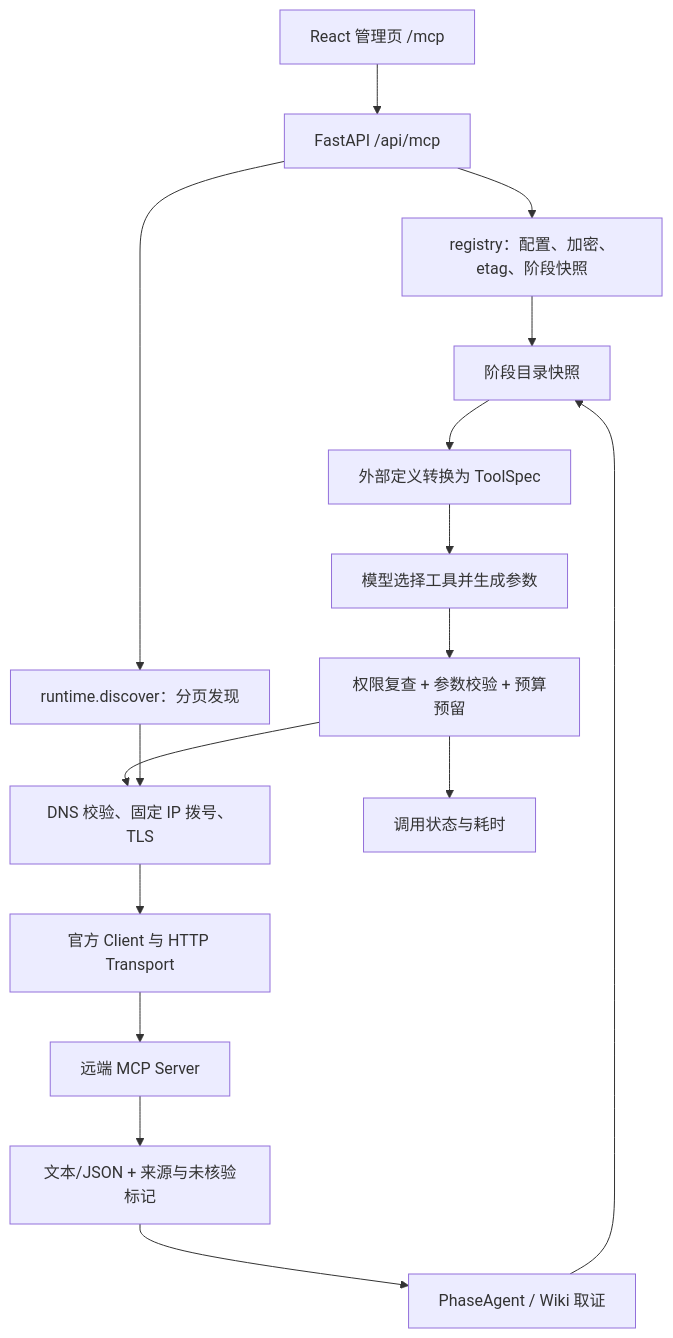
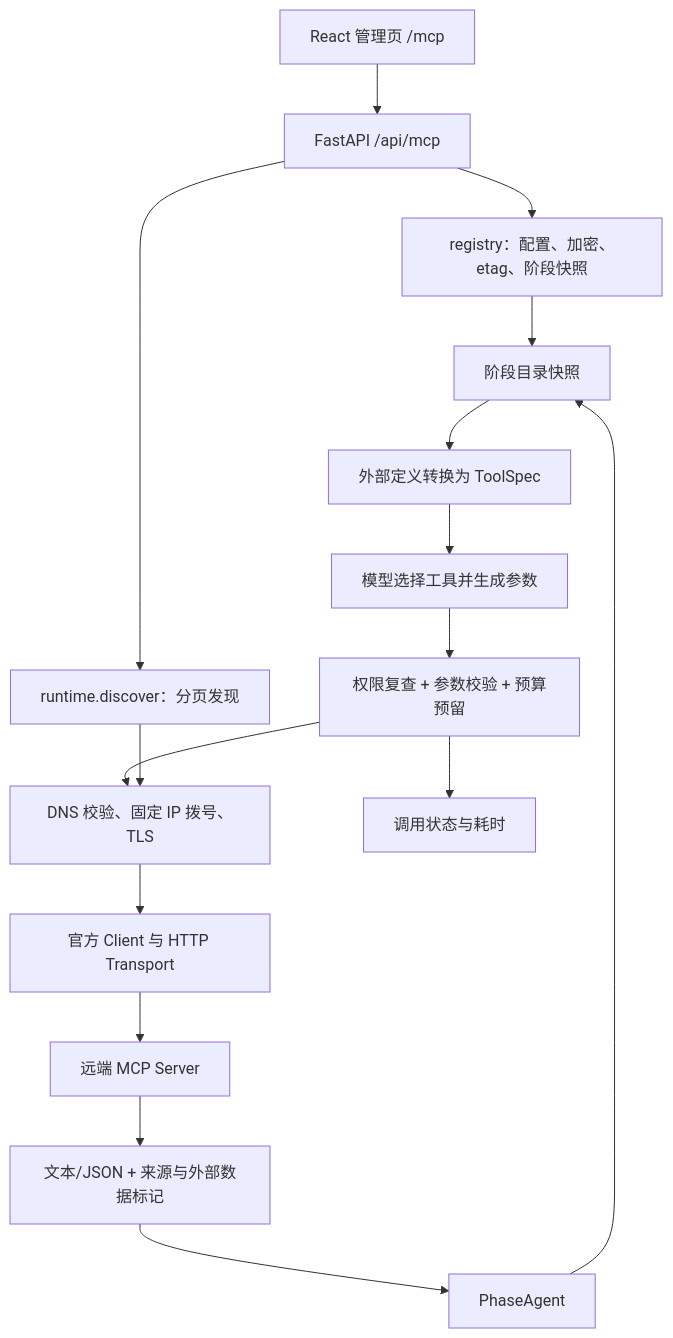
The diagram in docs/reference/mcp-management.md (Huang-Xinghao/paper_agent), drawn with Mermaid before and after one commit. The commit also changed other lines of this file and 7 other files, not shown here.

````diff
--- a/docs/reference/mcp-management.md
+++ b/docs/reference/mcp-management.md
@@ -7,18 +7,18 @@
 ```mermaid
 flowchart TB
     UI[React 管理页 /mcp] --> API[FastAPI /api/mcp]
     API --> REG[registry：配置、加密、etag、阶段快照]
     API --> DISC[runtime.discover：分页发现]
-    PHASE[PhaseAgent / Wiki 取证] --> SNAP[阶段目录快照]
+    PHASE[PhaseAgent] --> SNAP[阶段目录快照]
     REG --> SNAP
     SNAP --> SPEC[外部定义转换为 ToolSpec]
     SPEC --> LLM[模型选择工具并生成参数]
     LLM --> AUTH[权限复查 + 参数校验 + 预算预留]
     AUTH --> NET[DNS 校验、固定 IP 拨号、TLS]
     DISC --> NET
     NET --> SDK[官方 Client 与 HTTP Transport]
     SDK --> SERVER[远端 MCP Server]
-    SERVER --> OUT[文本/JSON + 来源与未核验标记]
+    SERVER --> OUT[文本/JSON + 来源与外部数据标记]
     OUT --> PHASE
     AUTH --> AUDIT[调用状态与耗时]
 ```
````
